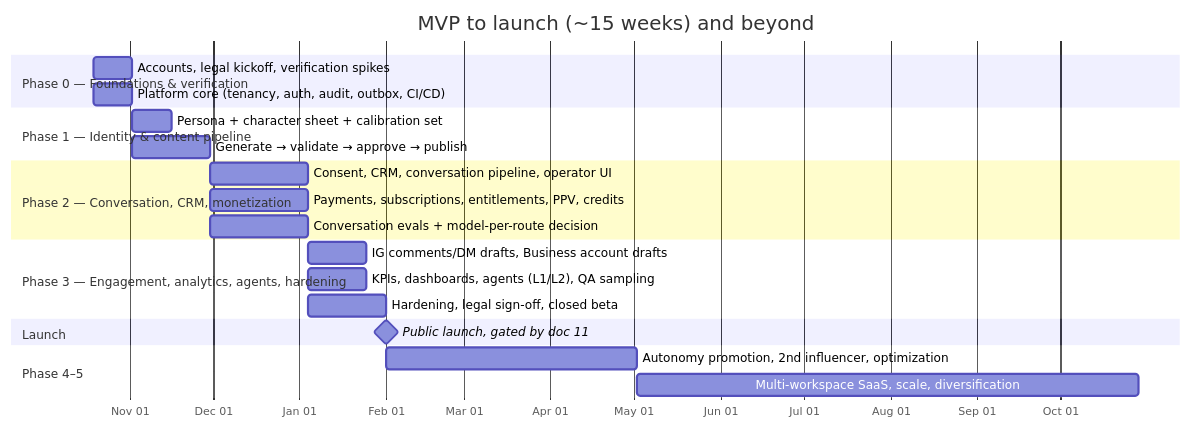
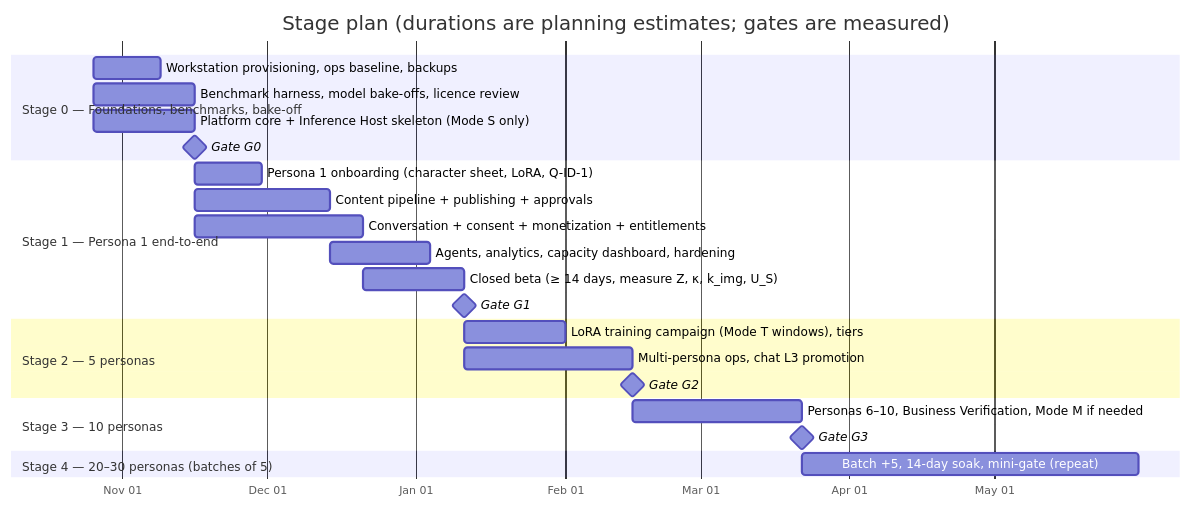
Before and after one commit to barel1296/barels: the diagram in docs/10-implementation-plan.md, drawn with Mermaid. The commit also changed other lines of this file and 18 other files, not shown here.

First line of the commit message:
Revise architecture for 20-30 personas on one workstation with local AI

````diff
--- a/docs/10-implementation-plan.md
+++ b/docs/10-implementation-plan.md
@@ -7,25 +9,27 @@
 ```mermaid
 gantt
   dateFormat  YYYY-MM-DD
   axisFormat  %b %d
-  title MVP to launch (~15 weeks) and beyond
-  section Phase 0 — Foundations & verification
-  Accounts, legal kickoff, verification spikes      :p0a, 2026-10-19, 14d
-  Platform core (tenancy, auth, audit, outbox, CI/CD):p0b, 2026-10-19, 14d
-  section Phase 1 — Identity & content pipeline
-  Persona + character sheet + calibration set       :p1a, after p0a, 14d
-  Generate → validate → approve → publish           :p1b, after p0b, 28d
-  section Phase 2 — Conversation, CRM, monetization
-  Consent, CRM, conversation pipeline, operator UI  :p2a, after p1b, 35d
-  Payments, subscriptions, entitlements, PPV, credits:p2b, after p1b, 35d
-  Conversation evals + model-per-route decision     :p2c, after p1b, 35d
-  section Phase 3 — Engagement, analytics, agents, hardening
-  IG comments/DM drafts, Business account drafts    :p3a, after p2a, 21d
-  KPIs, dashboards, agents (L1/L2), QA sampling     :p3b, after p2b, 21d
-  Hardening, legal sign-off, closed beta            :p3c, after p2b, 28d
-  section Launch
-  Public launch, gated by doc 11                    :milestone, m1, after p3c, 0d
-  section Phase 4–5
-  Autonomy promotion, 2nd influencer, optimization  :p4, after p3c, 90d
-  Multi-workspace SaaS, scale, diversification      :p5, after p4, 180d
+  title Stage plan (durations are planning estimates; gates are measured)
+  section Stage 0 — Foundations, benchmarks, bake-off
+  Workstation provisioning, ops baseline, backups          :s0a, 2026-10-26, 14d
+  Benchmark harness, model bake-offs, licence review        :s0b, 2026-10-26, 21d
+  Platform core + Inference Host skeleton (Mode S only)     :s0c, 2026-10-26, 21d
+  Gate G0                                                   :milestone, g0, after s0b, 0d
+  section Stage 1 — Persona 1 end-to-end
+  Persona 1 onboarding (character sheet, LoRA, Q-ID-1)      :s1a, after g0, 14d
+  Content pipeline + publishing + approvals                 :s1b, after g0, 28d
+  Conversation + consent + monetization + entitlements      :s1c, after g0, 35d
+  Agents, analytics, capacity dashboard, hardening          :s1d, after s1b, 21d
+  Closed beta (≥ 14 days, measure Z, κ, k_img, U_S)          :s1e, after s1c, 21d
+  Gate G1                                                   :milestone, g1, after s1e, 0d
+  section Stage 2 — 5 personas
+  LoRA training campaign (Mode T windows), tiers            :s2a, after g1, 21d
+  Multi-persona ops, chat L3 promotion                      :s2b, after g1, 35d
+  Gate G2                                                   :milestone, g2, after s2b, 0d
+  section Stage 3 — 10 personas
+  Personas 6–10, Business Verification, Mode M if needed    :s3a, after g2, 35d
+  Gate G3                                                   :milestone, g3, after s3a, 0d
+  section Stage 4 — 20–30 personas (batches of 5)
+  Batch +5, 14-day soak, mini-gate (repeat)                 :s4a, after g3, 70d
 ```
````
